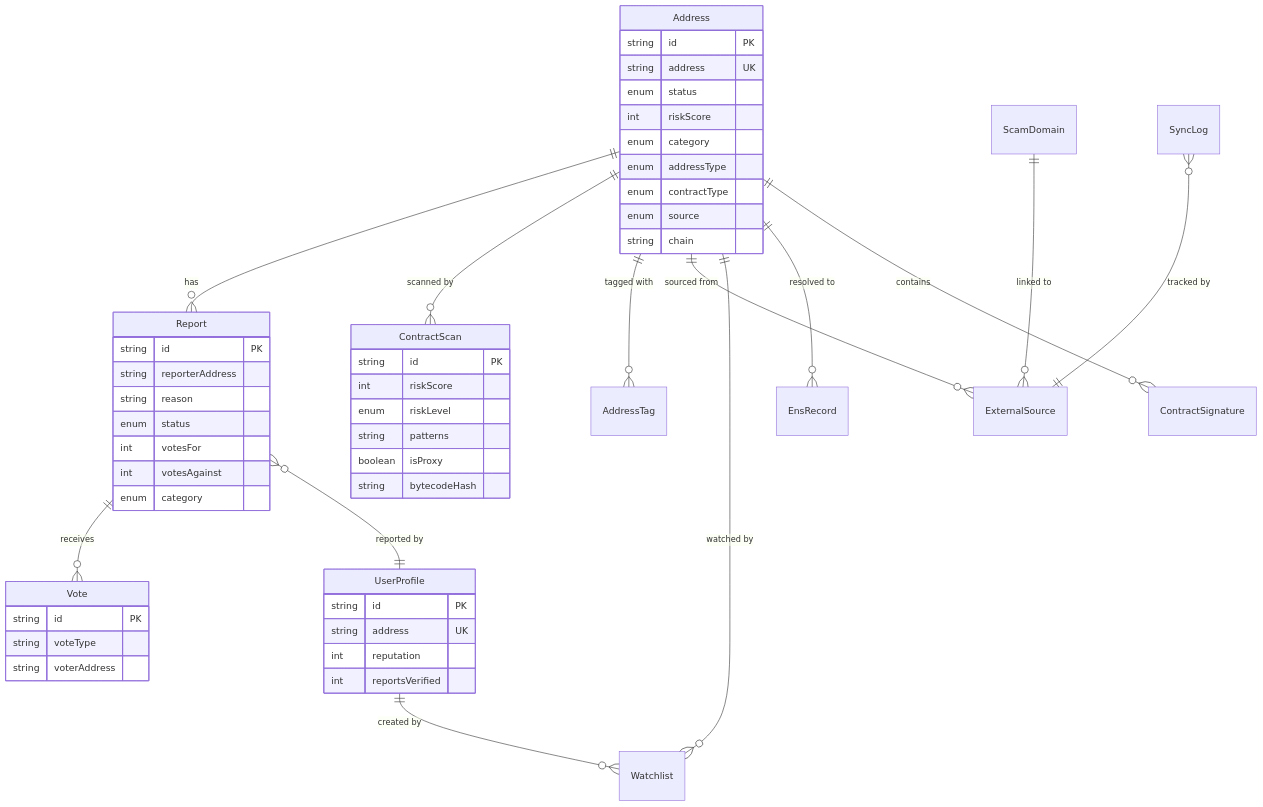
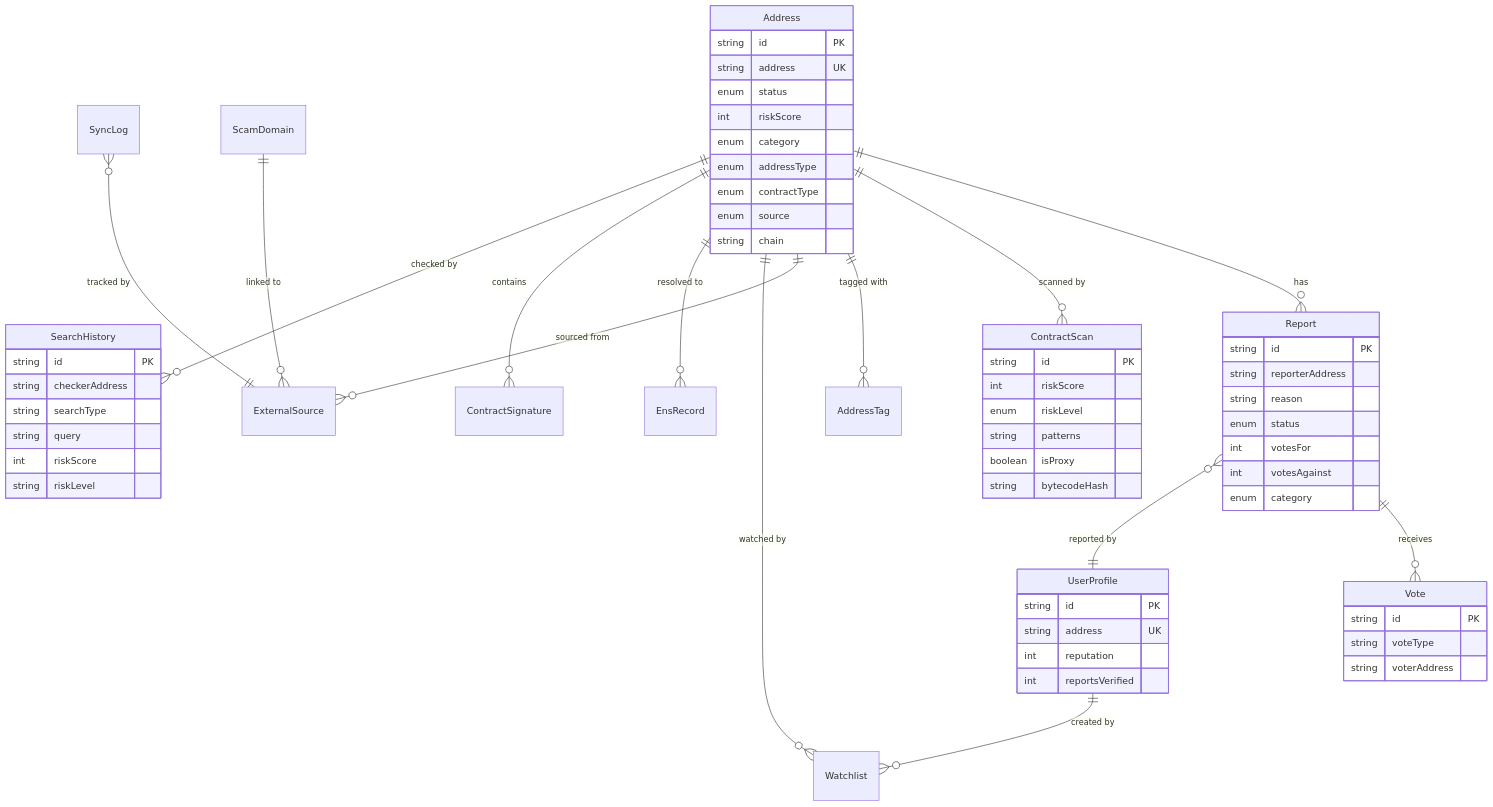
One commit to artomily/doman changed the ninth of 9 diagrams in README.md. Above: the diagram before and after it, drawn with Mermaid. The commit also changed other lines of this file, not shown here.

````diff
--- a/README.md
+++ b/README.md
@@ -569,59 +538,69 @@
 ```mermaid
 erDiagram
     Address ||--o{ Report : "has"
     Address ||--o{ ContractScan : "scanned by"
     Address ||--o{ AddressTag : "tagged with"
     Address ||--o{ ExternalSource : "sourced from"
     Address ||--o{ Watchlist : "watched by"
     Address ||--o{ EnsRecord : "resolved to"
     Address ||--o{ ContractSignature : "contains"
+    Address ||--o{ SearchHistory : "checked by"
     Report ||--o{ Vote : "receives"
     Report }o--|| UserProfile : "reported by"
     UserProfile ||--o{ Watchlist : "created by"
     ScamDomain ||--o{ ExternalSource : "linked to"
     SyncLog }o--|| ExternalSource : "tracked by"
 
     Address {
         string id PK
         string address UK
         enum status
         int riskScore
         enum category
         enum addressType
         enum contractType
         enum source
         string chain
     }
 
     Report {
         string id PK
         string reporterAddress
         string reason
         enum status
         int votesFor
         int votesAgainst
         enum category
     }
 
     Vote {
         string id PK
         string voteType
         string voterAddress
     }
 
     ContractScan {
         string id PK
         int riskScore
         enum riskLevel
         string patterns
         boolean isProxy
         string bytecodeHash
     }
 
     UserProfile {
         string id PK
         string address UK
         int reputation
         int reportsVerified
     }
+
+    SearchHistory {
+        string id PK
+        string checkerAddress
+        string searchType
+        string query
+        int riskScore
+        string riskLevel
+    }
 ```
````
